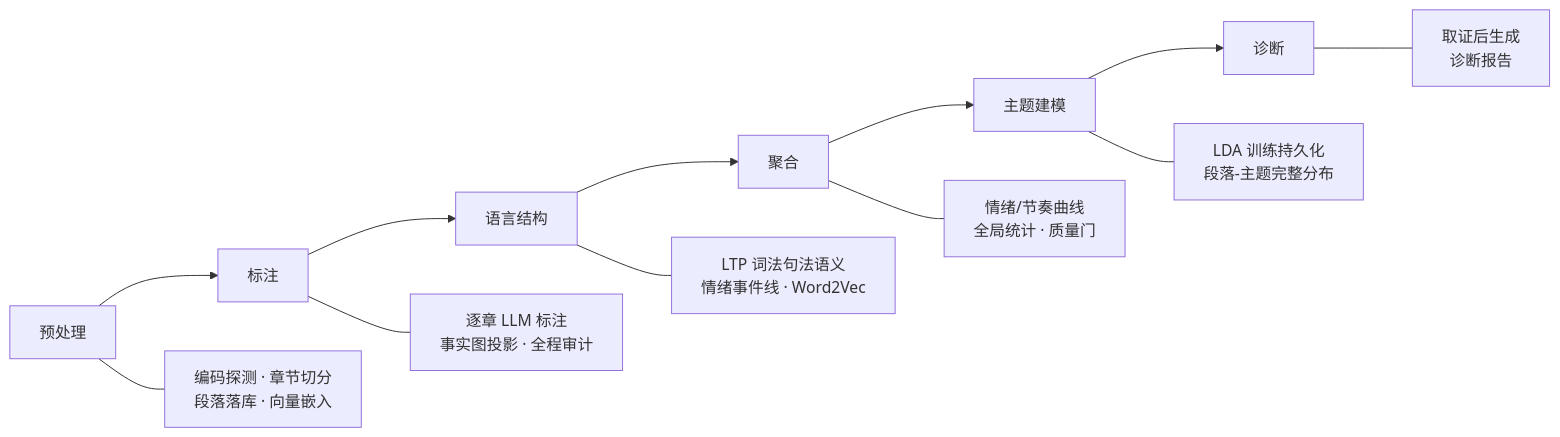
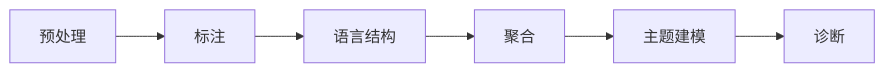
The diagram in README.md (anaconda110/NovelIQ), drawn with Mermaid before and after one commit. The commit also changed other lines of this file and 2 other files, not shown here.

````diff
--- a/README.md
+++ b/README.md
@@ -98,10 +101,4 @@
 ```mermaid
 flowchart LR
     A[预处理] --> B[标注] --> C[语言结构] --> D[聚合] --> E[主题建模] --> F[诊断]
-    A --- A1["编码探测 · 章节切分\n段落落库 · 向量嵌入"]
-    B --- B1["逐章 LLM 标注\n事实图投影 · 全程审计"]
-    C --- C1["LTP 词法句法语义\n情绪事件线 · Word2Vec"]
-    D --- D1["情绪/节奏曲线\n全局统计 · 质量门"]
-    E --- E1["LDA 训练持久化\n段落-主题完整分布"]
-    F --- F1["取证后生成\n诊断报告"]
 ```
````
